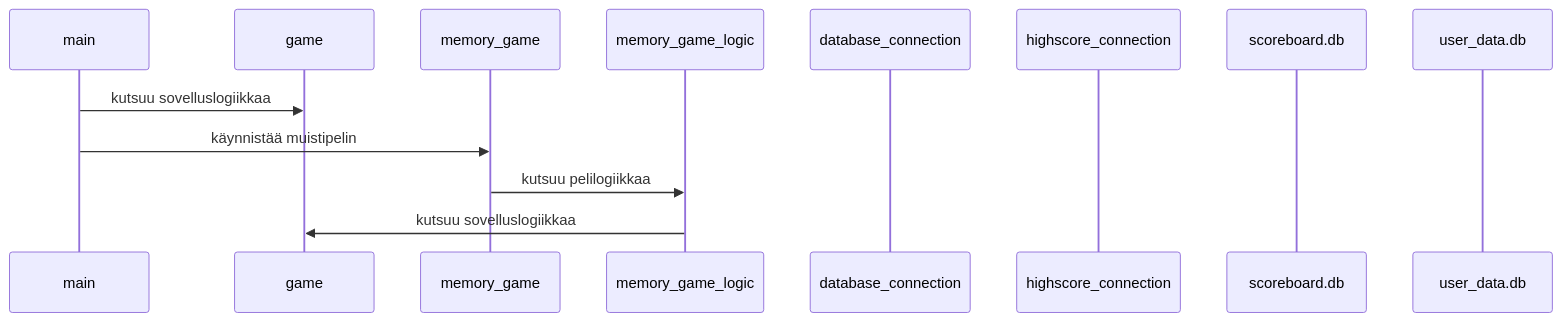
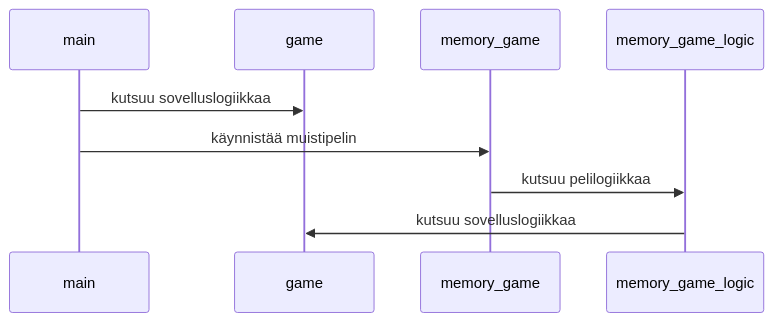
The diagram in dokumentaatio/Arkkitehtuuri.md (Fapacus/ot-harjoitustyo), drawn with Mermaid before and after one commit.

Commit message:
arkkitehtuurii

````diff
--- a/dokumentaatio/Arkkitehtuuri.md
+++ b/dokumentaatio/Arkkitehtuuri.md
@@ -4,16 +4,12 @@
 ```mermaid
 sequenceDiagram
     participant main
     participant game
     participant memory_game
     participant memory_game_logic
-    participant database_connection
-    participant highscore_connection
-    participant scoreboard.db
-    participant user_data.db
 
     main->>game: kutsuu sovelluslogiikkaa
     main->>memory_game: käynnistää muistipelin
     memory_game->>memory_game_logic: kutsuu pelilogiikkaa
     memory_game_logic->>game: kutsuu sovelluslogiikkaa
 ```
````
